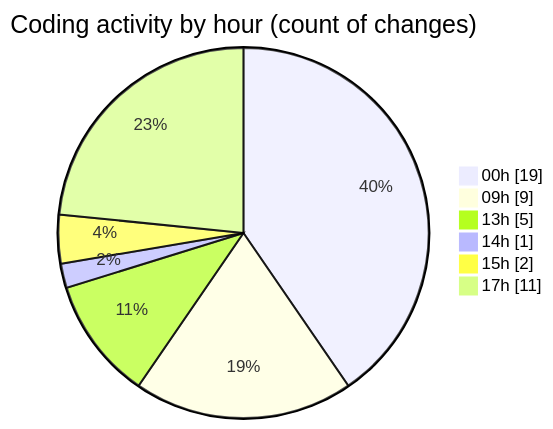
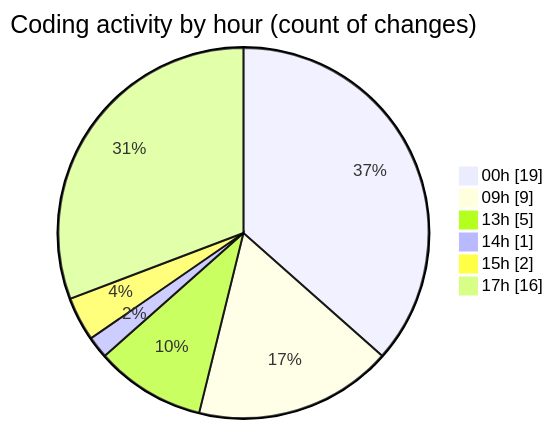
The second of 2 diagrams in 2025-08-12/ribbon/README.md (EIIisD/code-tracking), drawn with Mermaid before and after one commit. The commit also changed other lines of this file and 1 other file, not shown here.

````diff
--- a/2025-08-12/ribbon/README.md
+++ b/2025-08-12/ribbon/README.md
@@ -48,10 +49,10 @@
 ```mermaid
 pie showData
 title Coding activity by hour (count of changes)
 "00h" : 19
 "09h" : 9
 "13h" : 5
 "14h" : 1
 "15h" : 2
-"17h" : 11
+"17h" : 16
 ```
````
